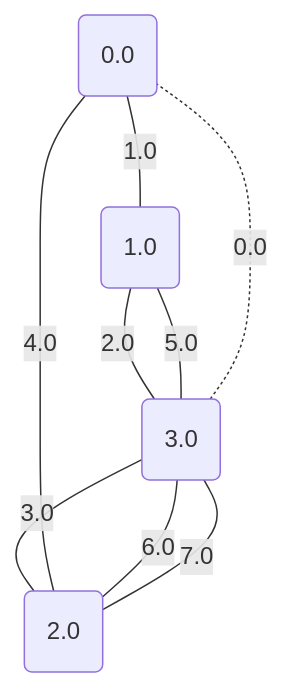
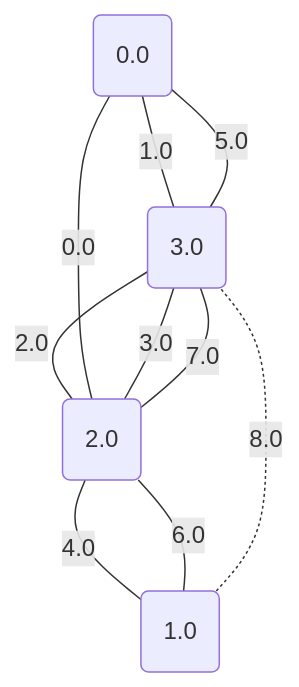
Before and after one commit to metury/graphs: diagram 14 of 17 in project/src/testing/showcase/minCutPetersen.md, drawn with Mermaid. The commit also changed other lines of this file and 33 other files, not shown here.

````diff
--- a/project/src/testing/showcase/minCutPetersen.md
+++ b/project/src/testing/showcase/minCutPetersen.md
@@ -354,15 +356,16 @@
 ```mermaid
 graph TD;
 	0("0.0");
 	1("1.0");
 	2("2.0");
 	3("3.0");
-	3 -. "0.0" -.- 0;
-	0 -- "1.0" --- 1;
-	1 -- "2.0" --- 3;
-	3 -- "3.0" --- 2;
-	0 -- "4.0" --- 2;
-	1 -- "5.0" --- 3;
-	3 -- "6.0" --- 2;
+	2 -- "0.0" --- 0;
+	0 -- "1.0" --- 3;
+	3 -- "2.0" --- 2;
+	2 -- "3.0" --- 3;
+	2 -- "4.0" --- 1;
+	0 -- "5.0" --- 3;
+	2 -- "6.0" --- 1;
 	2 -- "7.0" --- 3;
+	1 -. "8.0" -.- 3;
 ```
````
